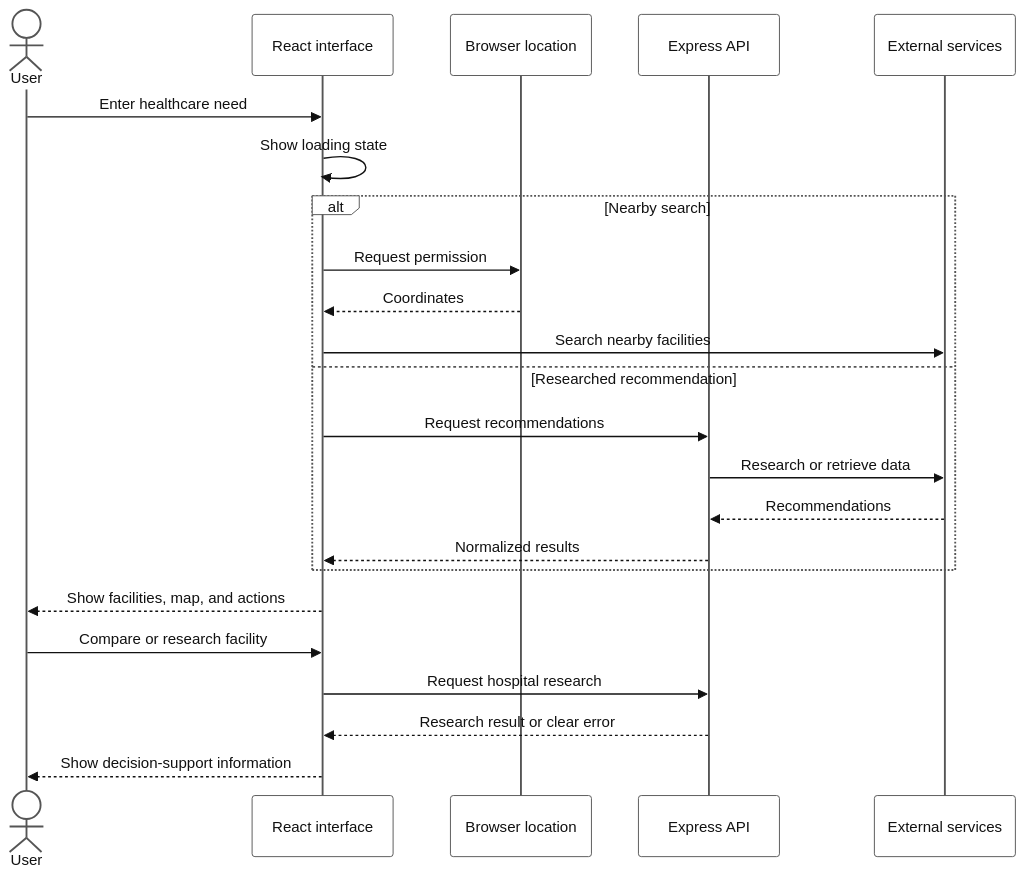
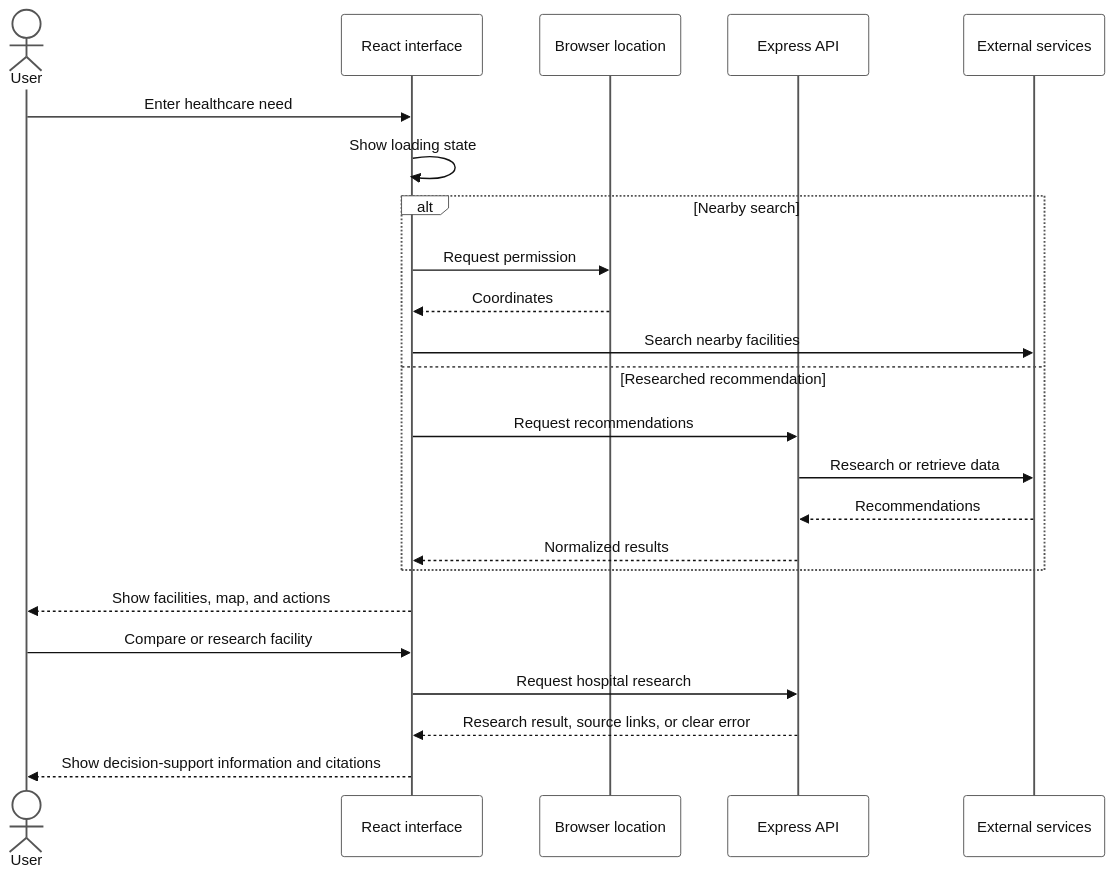
The third of 3 diagrams in PROJECT INFORMATION/PROJECT-OVERVIEW.md (vanshkatnor1505/BuiltTechies), drawn with Mermaid before and after one commit. The commit also changed other lines of this file, not shown here.

Commit message:
feat: enhance project overview with source links and language support details

````diff
--- a/PROJECT INFORMATION/PROJECT-OVERVIEW.md
+++ b/PROJECT INFORMATION/PROJECT-OVERVIEW.md
@@ -142,27 +157,27 @@
 ```mermaid
 %%{init: {'theme':'base', 'themeVariables': {'primaryColor':'#ffffff','primaryTextColor':'#111111','primaryBorderColor':'#555555','lineColor':'#555555','secondaryColor':'#f5f5f5','tertiaryColor':'#ffffff','fontSize':'15px','darkMode':false,'background':'#ffffff'}}}%%
 sequenceDiagram
     actor User
     participant UI as React interface
     participant Location as Browser location
     participant API as Express API
     participant Providers as External services
 
     User->>UI: Enter healthcare need
     UI->>UI: Show loading state
     alt Nearby search
         UI->>Location: Request permission
         Location-->>UI: Coordinates
         UI->>Providers: Search nearby facilities
     else Researched recommendation
         UI->>API: Request recommendations
         API->>Providers: Research or retrieve data
         Providers-->>API: Recommendations
         API-->>UI: Normalized results
     end
     UI-->>User: Show facilities, map, and actions
     User->>UI: Compare or research facility
     UI->>API: Request hospital research
-    API-->>UI: Research result or clear error
-    UI-->>User: Show decision-support information
+    API-->>UI: Research result, source links, or clear error
+    UI-->>User: Show decision-support information and citations
 ```
````
